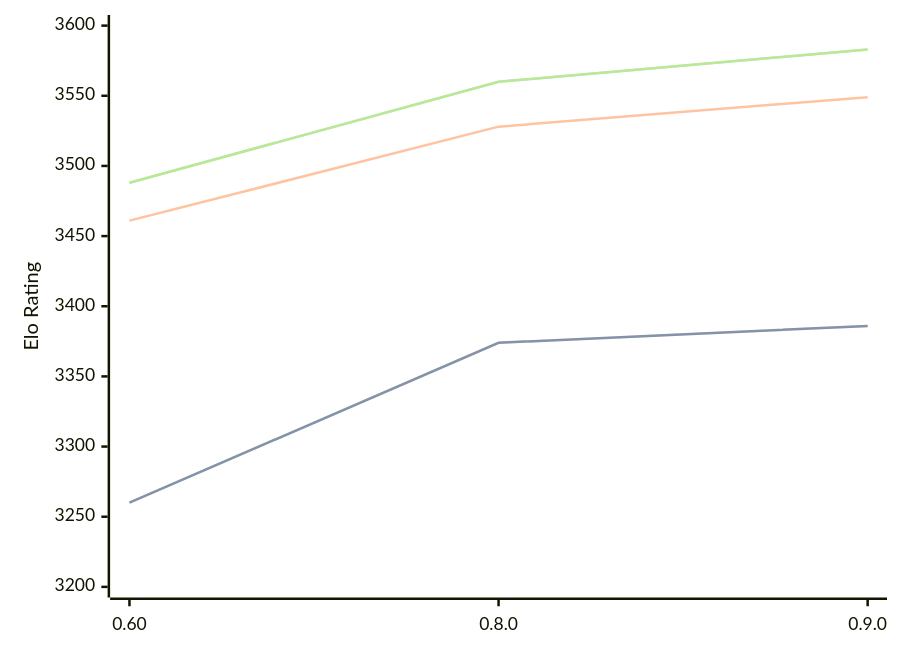
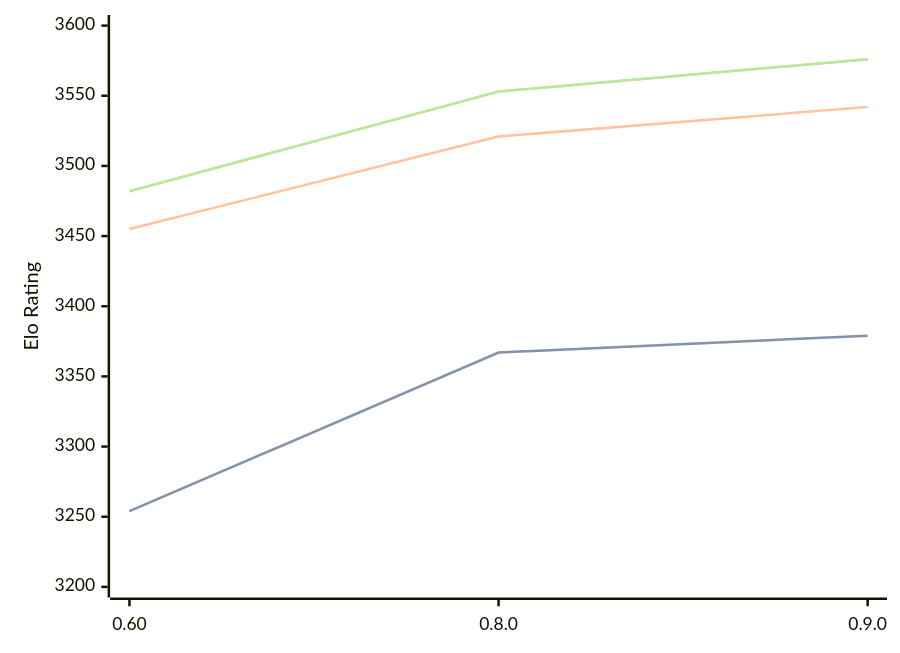
One commit to computer-chess-index/cci changed the diagram in engines/Motor.md. Above: the diagram before and after it, drawn with Mermaid. The commit also changed other lines of this file, not shown here.

Commit message:
Update CCI Ratings (ELO VLTC) - 2026-05-18

````diff
--- a/engines/Motor.md
+++ b/engines/Motor.md
@@ -39,11 +39,11 @@
 ```mermaid
 %%{init: {"theme":"base","themeVariables":{"seriesColors:['#a3a3a3','#222221','#faa371']}}}%%
 xychart-beta
   x-axis ["0.60", "0.8.0", "0.9.0"]
   y-axis "Elo Rating" 3200 --> 3600
-  line "STC (8.0+0.08s)" [3260, 3374, 3386]
-  line "STC (8.0+0.08s)" [3260, 3374, 3386]
-  line "LTC (60.0+0.60s)" [3461, 3528, 3549]
-  line "VLTC (2m24s+1.12s)" [3488, 3560, 3583]
-  line "VLTC (2m24s+1.12s)" [3488, 3560, 3583]
+  line "STC (8.0+0.08s)" [3254, 3367, 3379]
+  line "STC (8.0+0.08s)" [3254, 3367, 3379]
+  line "LTC (60.0+0.60s)" [3455, 3521, 3542]
+  line "VLTC (2m24s+1.12s)" [3482, 3553, 3576]
+  line "VLTC (2m24s+1.12s)" [3482, 3553, 3576]
 ```
````
